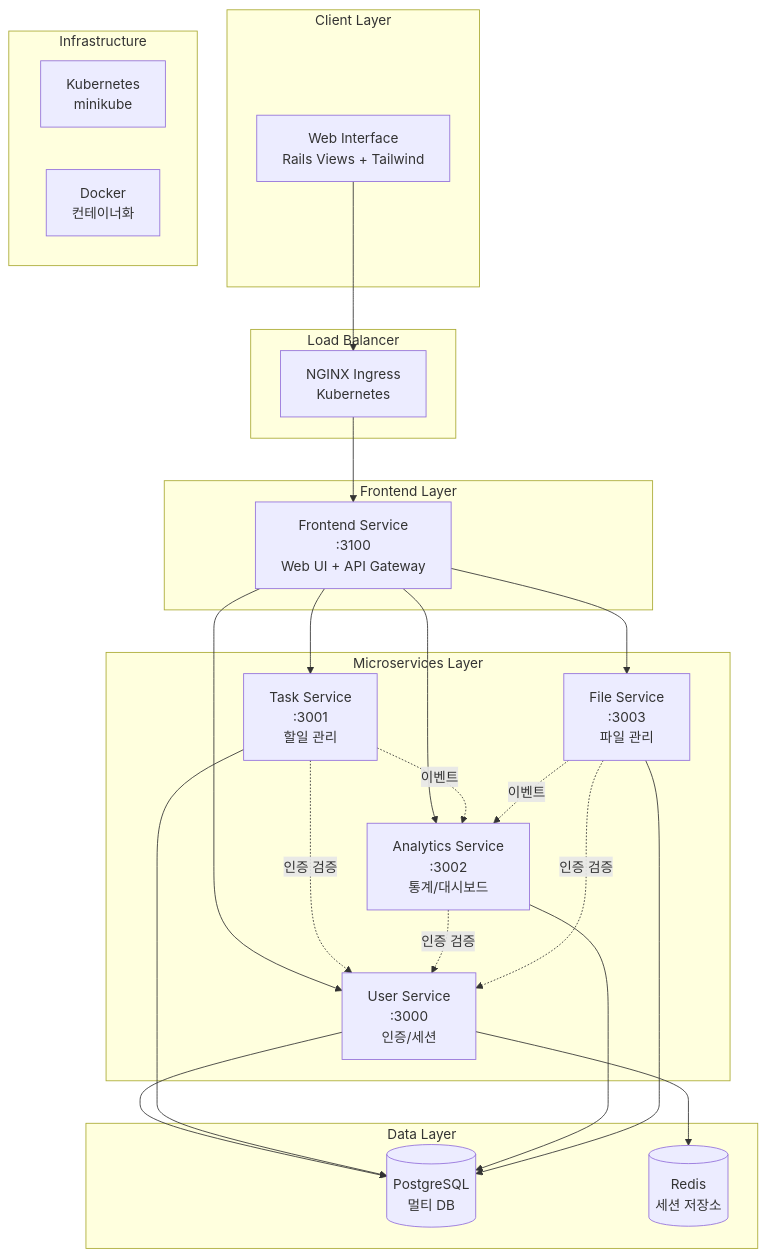
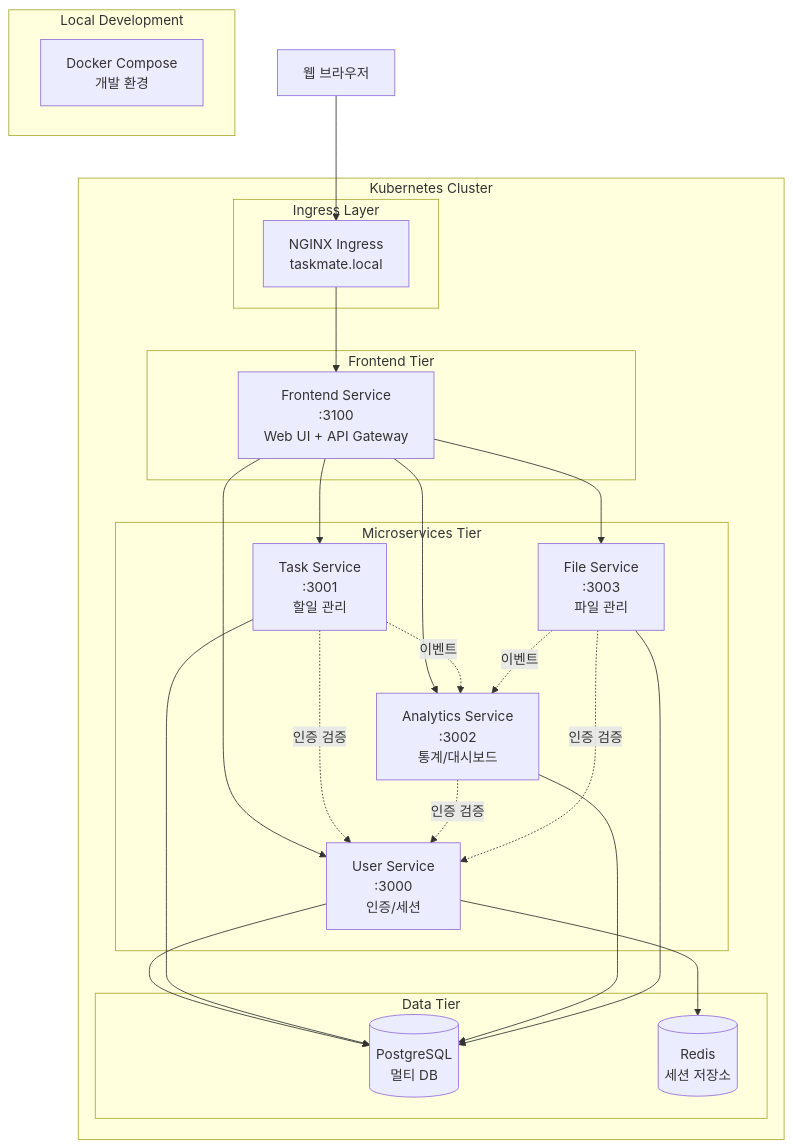
Before and after one commit to junseoplee/taskmate: the diagram in README.md, drawn with Mermaid. The commit also changed other lines of this file, not shown here.

First line of the commit message:
docs: Kubernetes 마이그레이션 완료 반영 - 문서 업데이트

````diff
--- a/README.md
+++ b/README.md
@@ -24,52 +24,49 @@
 ```mermaid
 graph TB
-    subgraph "Client Layer"
-        UI[Web Interface<br/>Rails Views + Tailwind]
+    subgraph "Kubernetes Cluster"
+        subgraph "Ingress Layer"
+            ING[NGINX Ingress<br/>taskmate.local]
+        end
+        
+        subgraph "Frontend Tier"
+            FE[Frontend Service<br/>:3100<br/>Web UI + API Gateway]
+        end
+        
+        subgraph "Microservices Tier"
+            US[User Service<br/>:3000<br/>인증/세션]
+            TS[Task Service<br/>:3001<br/>할일 관리]
+            AS[Analytics Service<br/>:3002<br/>통계/대시보드]
+            FS[File Service<br/>:3003<br/>파일 관리]
+        end
+        
+        subgraph "Data Tier"
+            PG[(PostgreSQL<br/>멀티 DB)]
+            RD[(Redis<br/>세션 저장소)]
+        end
     end
     
-    subgraph "Load Balancer"
-        LB[NGINX Ingress<br/>Kubernetes]
+    subgraph "Local Development"
+        DC[Docker Compose<br/>개발 환경]
     end
     
-    subgraph "Frontend Layer"
-        FE[Frontend Service<br/>:3100<br/>Web UI + API Gateway]
-    end
-    
-    subgraph "Microservices Layer"
-        US[User Service<br/>:3000<br/>인증/세션]
-        TS[Task Service<br/>:3001<br/>할일 관리]
-        AS[Analytics Service<br/>:3002<br/>통계/대시보드]
-        FS[File Service<br/>:3003<br/>파일 관리]
-    end
-    
-    subgraph "Data Layer"
-        PG[(PostgreSQL<br/>멀티 DB)]
-        RD[(Redis<br/>세션 저장소)]
-    end
-    
-    subgraph "Infrastructure"
-        K8S[Kubernetes<br/>minikube]
-        DOC[Docker<br/>컨테이너화]
-    end
-    
-    UI --> LB
-    LB --> FE
+    Client[웹 브라우저] --> ING
+    ING --> FE
     FE --> US
     FE --> TS
     FE --> AS
     FE --> FS
     
     TS -.->|인증 검증| US
     AS -.->|인증 검증| US
     FS -.->|인증 검증| US
     
     US --> PG
     TS --> PG
     AS --> PG
     FS --> PG
     
     US --> RD
     
     TS -.->|이벤트| AS
     FS -.->|이벤트| AS
 ```
````
